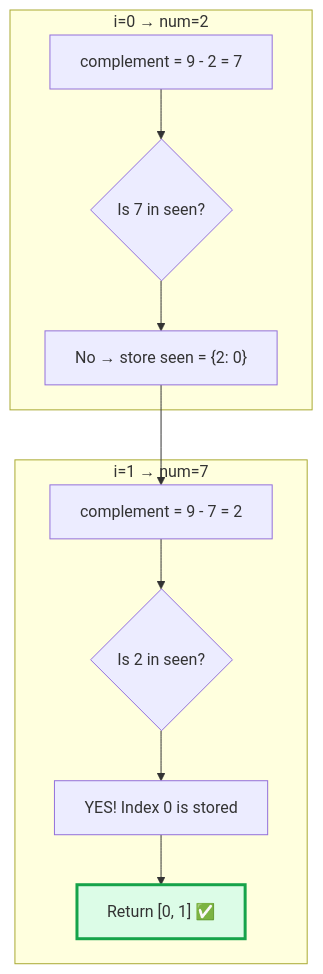
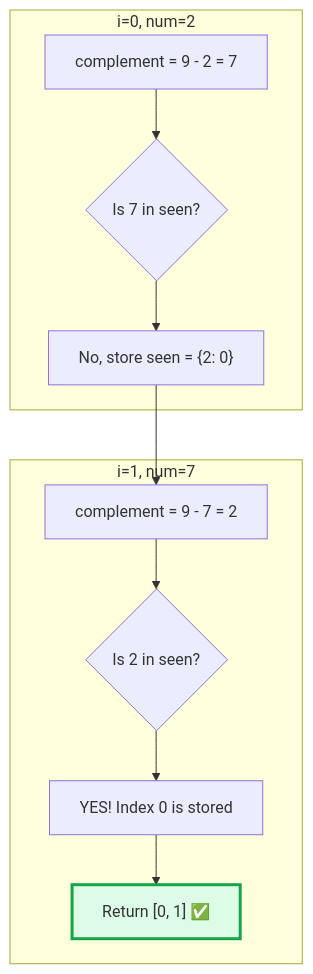
One commit to M-F-Tushar/LeetCode-Problem-Solving changed the tenth of 12 diagrams in 01 - Two Sum/README.md. Above: the diagram before and after it, drawn with Mermaid. The commit also changed other lines of this file, not shown here.

````diff
--- a/01 - Two Sum/README.md
+++ b/01 - Two Sum/README.md
@@ -339,19 +338,19 @@
 ```mermaid
 flowchart TD
-    subgraph Step1["i=0 → num=2"]
+    subgraph Step1["i=0, num=2"]
         A1["complement = 9 - 2 = 7"]
         A2{"Is 7 in seen?"}
-        A3["No → store seen = {2: 0}"]
+        A3["No, store seen = {2: 0}"]
     end
 
-    subgraph Step2["i=1 → num=7"]
+    subgraph Step2["i=1, num=7"]
         B1["complement = 9 - 7 = 2"]
         B2{"Is 2 in seen?"}
         B3["YES! Index 0 is stored"]
         B4["Return [0, 1] ✅"]
     end
 
     A1 --> A2 --> A3 --> B1 --> B2 --> B3 --> B4
 
     style B4 fill:#dcfce7,stroke:#16a34a,stroke-width:3px
 ```
````
